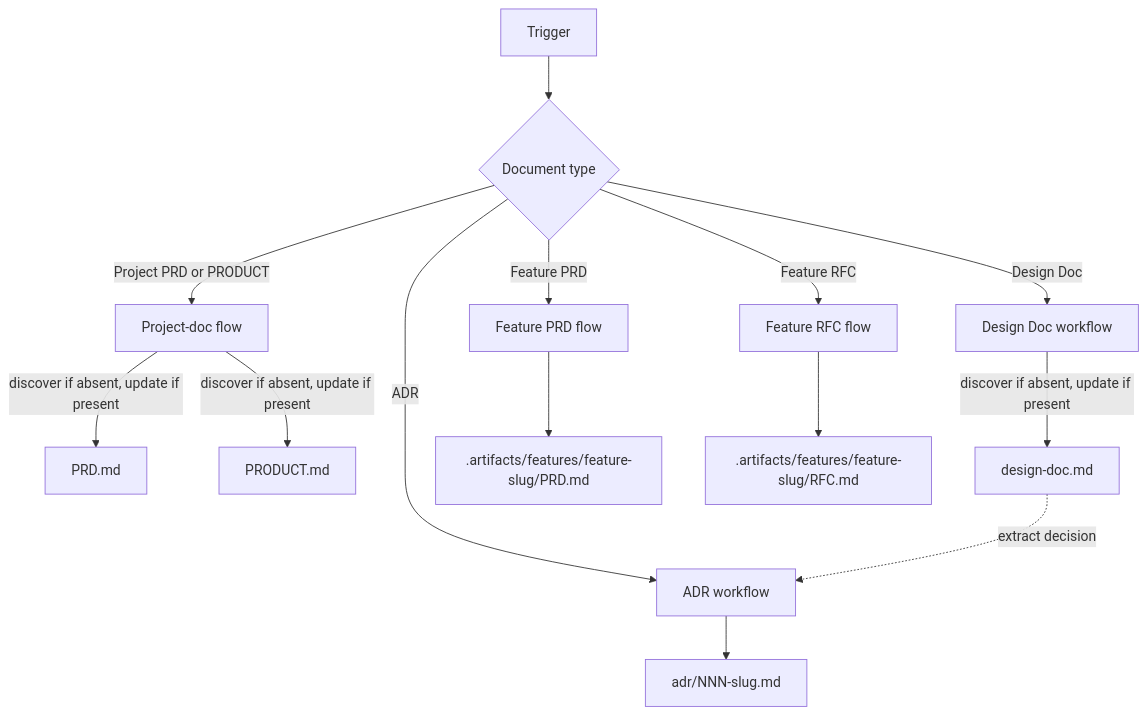
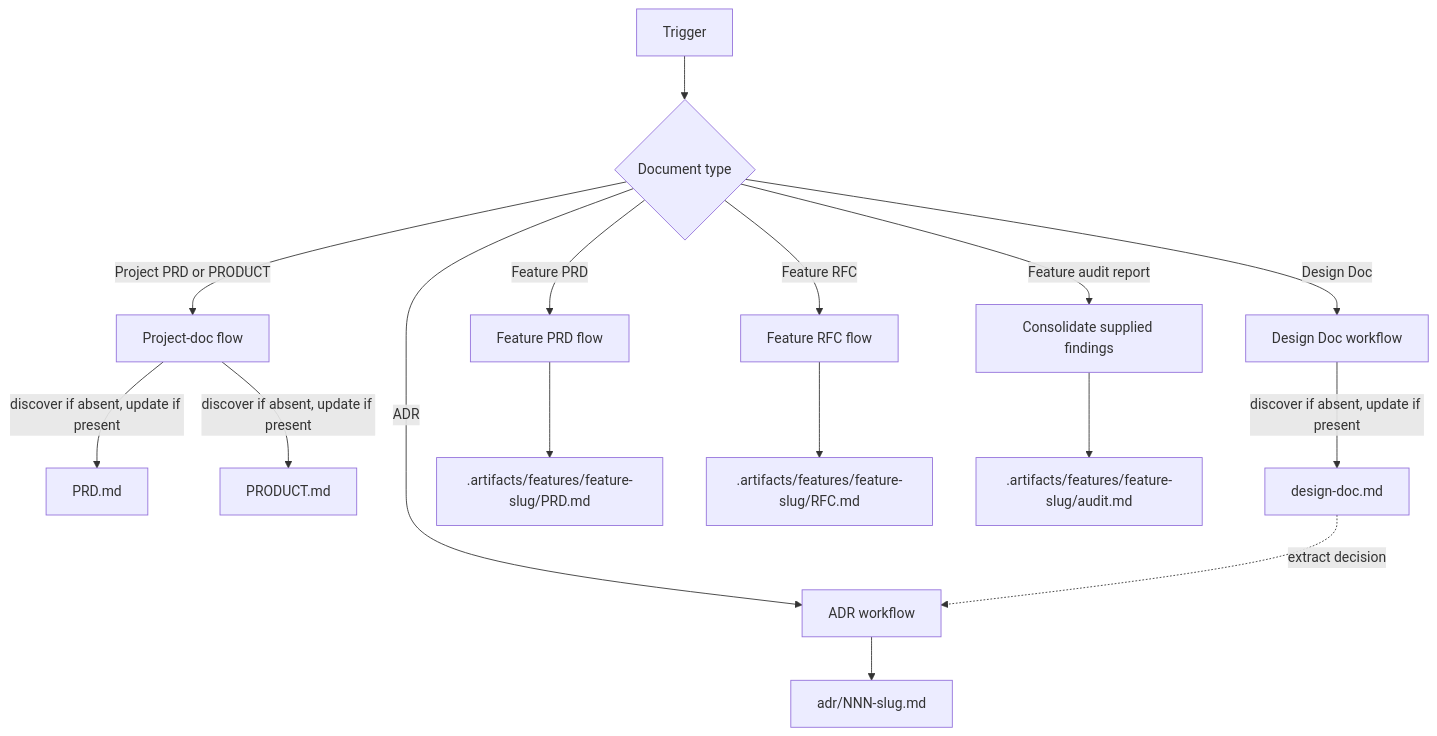
One commit to adeonir/agent-skills changed the diagram in skills/product/docs-writer/README.md. Above: the diagram before and after it, drawn with Mermaid. The commit also changed other lines of this file and 4 other files, not shown here.

Commit message:
feat(docs-writer): consolidate supplied audit findings into a feature report

````diff
--- a/skills/product/docs-writer/README.md
+++ b/skills/product/docs-writer/README.md
@@ -11,16 +11,18 @@
 ```mermaid
 flowchart TD
     T[Trigger] --> R{Document type}
     R -->|Project PRD or PRODUCT| PD[Project-doc flow]
     R -->|Feature PRD| FP[Feature PRD flow]
     R -->|Feature RFC| FR[Feature RFC flow]
+    R -->|Feature audit report| FA[Consolidate supplied findings]
     R -->|Design Doc| DD[Design Doc workflow]
     R -->|ADR| ADR[ADR workflow]
     PD -->|discover if absent, update if present| P[PRD.md]
     PD -->|discover if absent, update if present| PM[PRODUCT.md]
     DD -->|discover if absent, update if present| D[design-doc.md]
     ADR --> A[adr/NNN-slug.md]
     FP --> FPM[.artifacts/features/feature-slug/PRD.md]
     FR --> FRM[.artifacts/features/feature-slug/RFC.md]
+    FA --> FAM[.artifacts/features/feature-slug/audit.md]
     D -.->|extract decision| ADR
 ```
````
